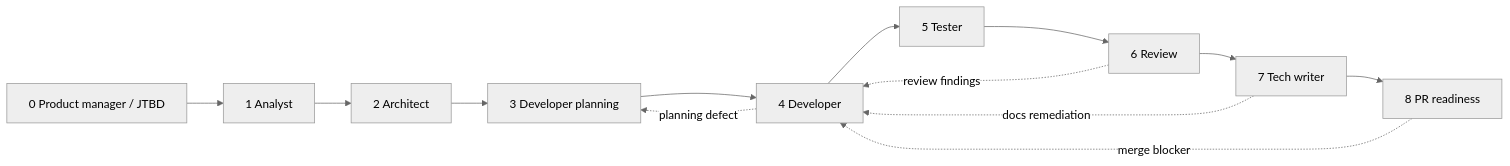
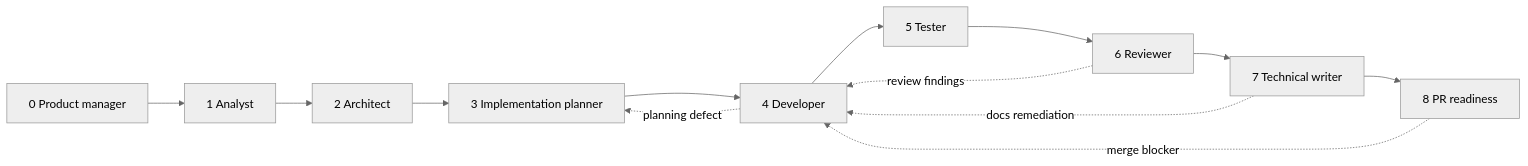
The first of 2 diagrams in docs/agent-workflow.md (smota/agentflow-sdlc), drawn with Mermaid (neutral theme) before and after one commit. The commit also changed other lines of this file and 389 other files, not shown here.

````diff
--- a/docs/agent-workflow.md
+++ b/docs/agent-workflow.md
@@ -78,16 +96,16 @@
 ```mermaid
 flowchart LR
-  P0["0 Product manager / JTBD"] --> P1["1 Analyst"]
+  P0["0 Product manager"] --> P1["1 Analyst"]
   P1 --> P2["2 Architect"]
-  P2 --> P3["3 Developer planning"]
+  P2 --> P3["3 Implementation planner"]
   P3 --> P4["4 Developer"]
   P4 --> P5["5 Tester"]
-  P5 --> P6["6 Review"]
-  P6 --> P7["7 Tech writer"]
+  P5 --> P6["6 Reviewer"]
+  P6 --> P7["7 Technical writer"]
   P7 --> P8["8 PR readiness"]
 
   P4 -. planning defect .-> P3
   P6 -. review findings .-> P4
   P7 -. docs remediation .-> P4
   P8 -. merge blocker .-> P4
 ```
````
